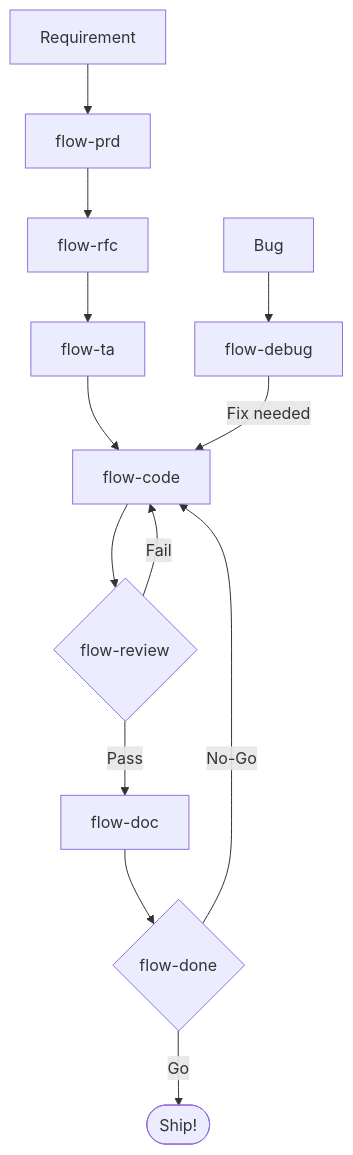
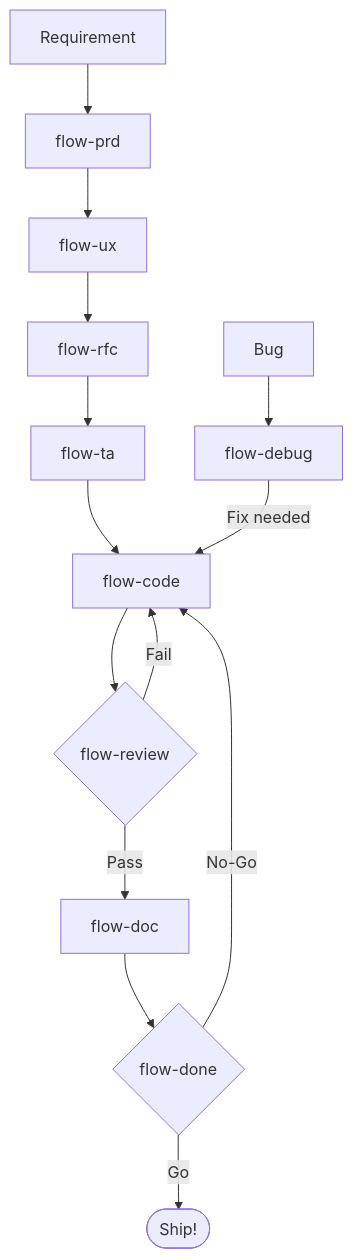
The first of 3 diagrams in README.md (viniciuscarneiro/ai-dev-flow), drawn with Mermaid before and after one commit. The commit also changed other lines of this file and 26 other files, not shown here.

First line of the commit message:
Add /flow-ux — UX/UI Design Specification step (#8)

````diff
--- a/README.md
+++ b/README.md
@@ -64,16 +66,17 @@
 ```mermaid
 graph TD
     A[Requirement] --> B["flow-prd"]
-    B --> C["flow-rfc"]
+    B --> B2["flow-ux"]
+    B2 --> C["flow-rfc"]
     C --> D["flow-ta"]
     D --> E["flow-code"]
     E --> F{"flow-review"}
     F -- Pass --> G["flow-doc"]
     F -- Fail --> E
     G --> H{"flow-done"}
     H -- Go --> I(["Ship!"])
     H -- No-Go --> E
 
     J[Bug] --> K["flow-debug"]
     K -- Fix needed --> E
 ```
````
